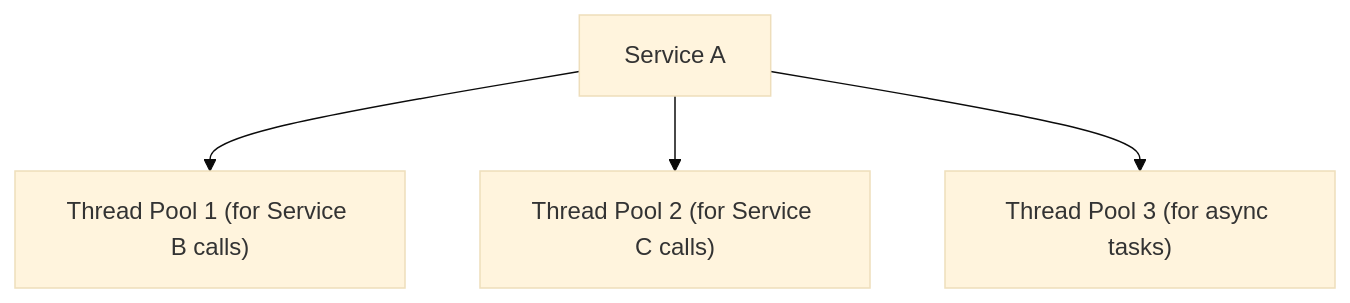
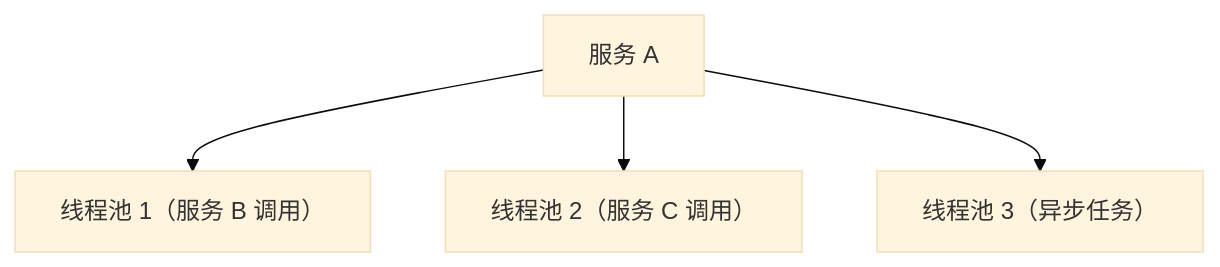
Before and after one commit to Kirky-X/diting: the third of 3 diagrams in references/architecture/microservices-compliance.md, drawn with Mermaid (base theme). The commit also changed other lines of this file and 74 other files, not shown here.

````diff
--- a/references/architecture/microservices-compliance.md
+++ b/references/architecture/microservices-compliance.md
@@ -199,7 +199,7 @@
 ```mermaid
 flowchart TD
-    SA["Service A"]
-    SA --> TP1["Thread Pool 1 (for Service B calls)"]
-    SA --> TP2["Thread Pool 2 (for Service C calls)"]
-    SA --> TP3["Thread Pool 3 (for async tasks)"]
+    SA["服务 A"]
+    SA --> TP1["线程池 1（服务 B 调用）"]
+    SA --> TP2["线程池 2（服务 C 调用）"]
+    SA --> TP3["线程池 3（异步任务）"]
 ```
````
